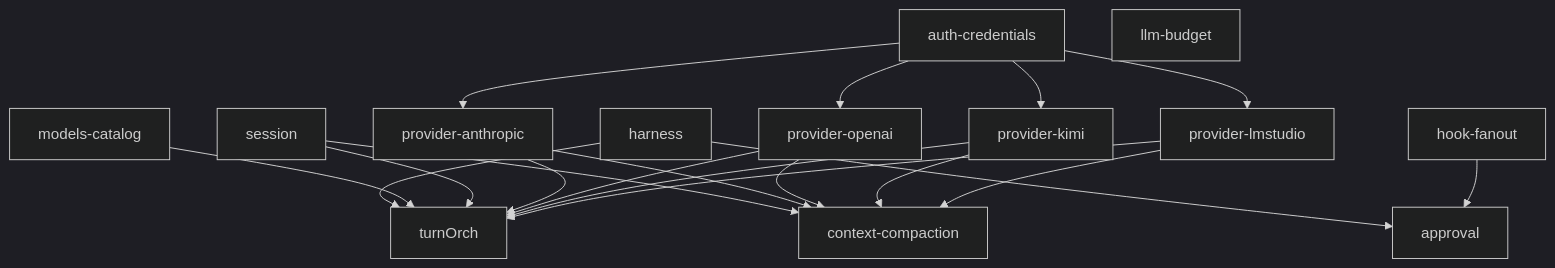
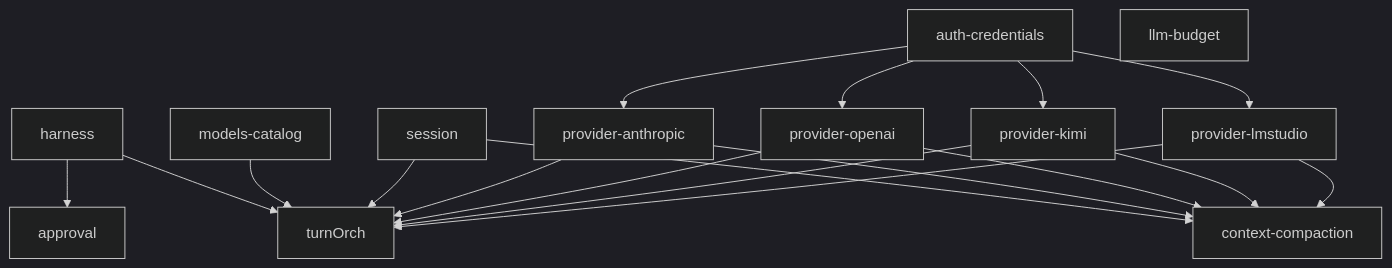
Before and after one commit to iii-hq/workers: the fourth of 5 diagrams in harness/docs/architecture.md, drawn with Mermaid (dark theme). The commit also changed other lines of this file and 9 other files, not shown here.

````diff
--- a/harness/docs/architecture.md
+++ b/harness/docs/architecture.md
@@ -221,22 +264,21 @@
 ```mermaid
 flowchart TD
   harness --> turnOrch
   harness --> approval
   models[models-catalog] --> turnOrch
   session --> turnOrch
   auth[auth-credentials] --> provAnth[provider-anthropic]
   auth --> provOAI[provider-openai]
   auth --> provKimi[provider-kimi]
   auth --> provLms[provider-lmstudio]
   provAnth --> turnOrch
   provOAI --> turnOrch
   provKimi --> turnOrch
   provLms --> turnOrch
-  hook[hook-fanout] --> approval
   session --> compact[context-compaction]
   provAnth --> compact
   provOAI --> compact
   provKimi --> compact
   provLms --> compact
   budget[llm-budget]
 ```
````
